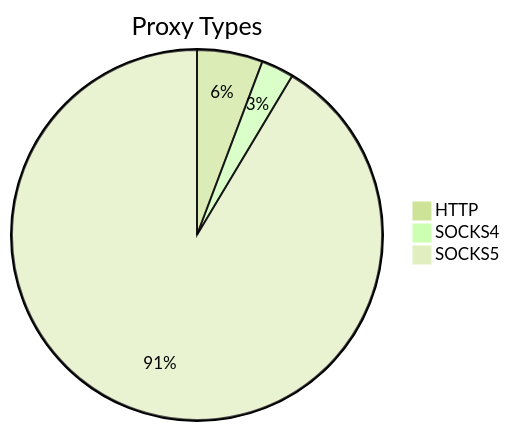
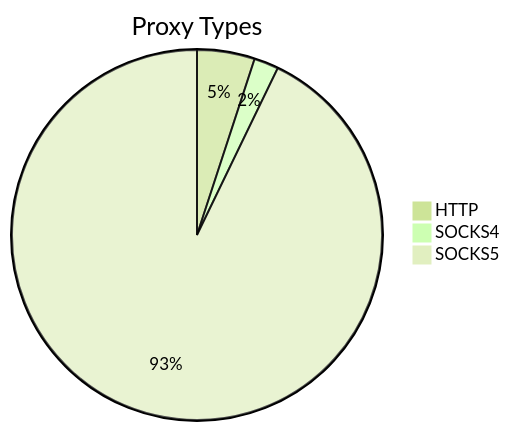
The first of 2 diagrams in README.md (stormsia/proxy-list), drawn with Mermaid (forest theme) before and after one commit. The commit also changed other lines of this file, not shown here.

````diff
--- a/README.md
+++ b/README.md
@@ -21,6 +21,6 @@
 ```mermaid
 pie title Proxy Types
-    "HTTP" : 135
-    "SOCKS4" : 67
-    "SOCKS5" : 2150
+    "HTTP" : 87
+    "SOCKS4" : 37
+    "SOCKS5" : 1605
 ```
````
